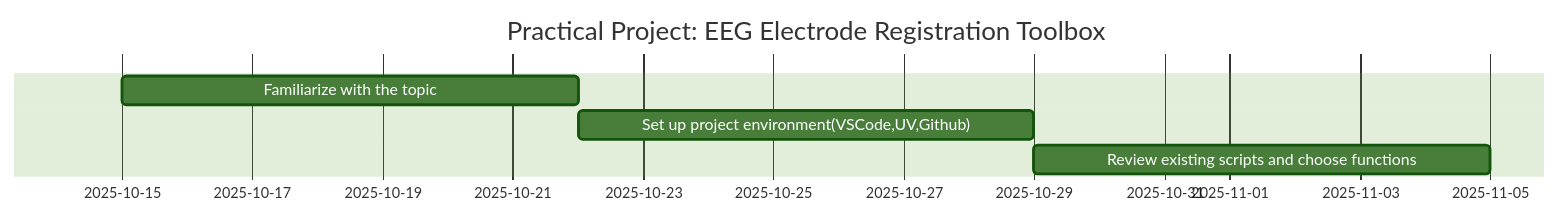
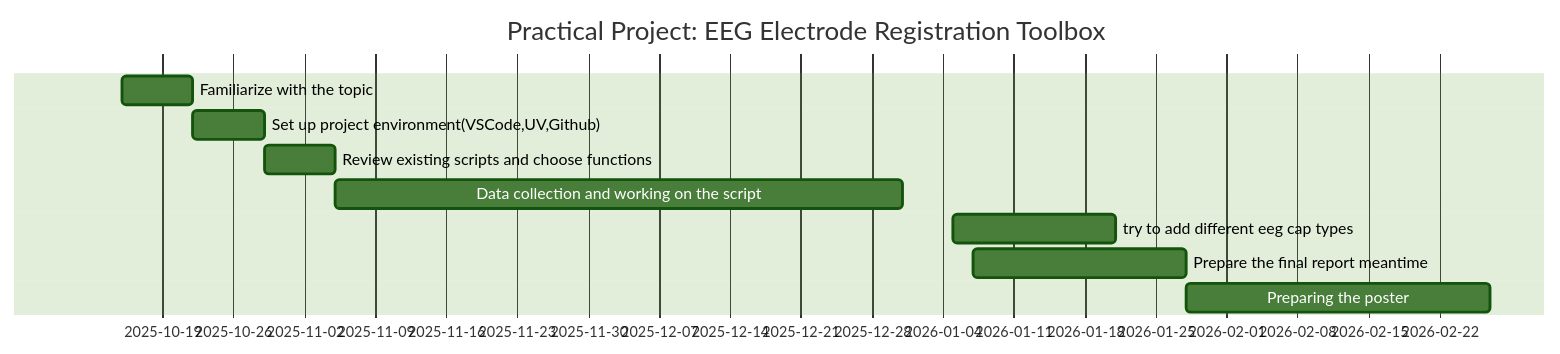
One commit to evrim06/video-eeg-electrode-registration changed the diagram in README.md. Above: the diagram before and after it, drawn with Mermaid (forest theme).

````diff
--- a/README.md
+++ b/README.md
@@ -5,8 +5,13 @@
 ```mermaid
 gantt
     title Practical Project: EEG Electrode Registration Toolbox
     dateFormat YYYY-MM-DD
     Familiarize with the topic: 2025-10-15,2025-10-22
     Set up project environment(VSCode,UV,Github):2025-10-22,2025-10-29
     Review existing scripts and choose functions:2025-10-29,2025-11-05
+    Data collection and working on the script:2025-11-05,2025-12-31
+    try to add different eeg cap types:2026-01-05,2026-01-21
+    Prepare the final report meantime:2026-01-07,2026-01-28
+    Preparing the poster:2026-01-28,2026-02-27
+
 ```
````
